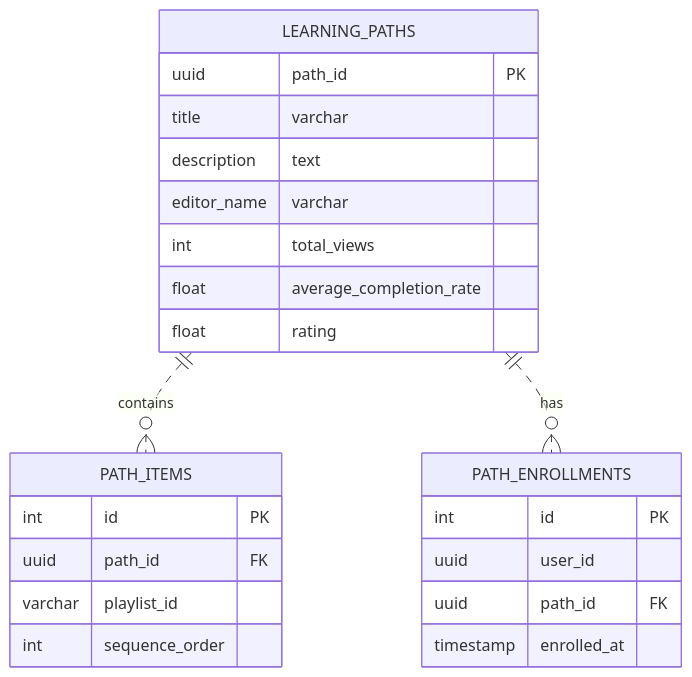
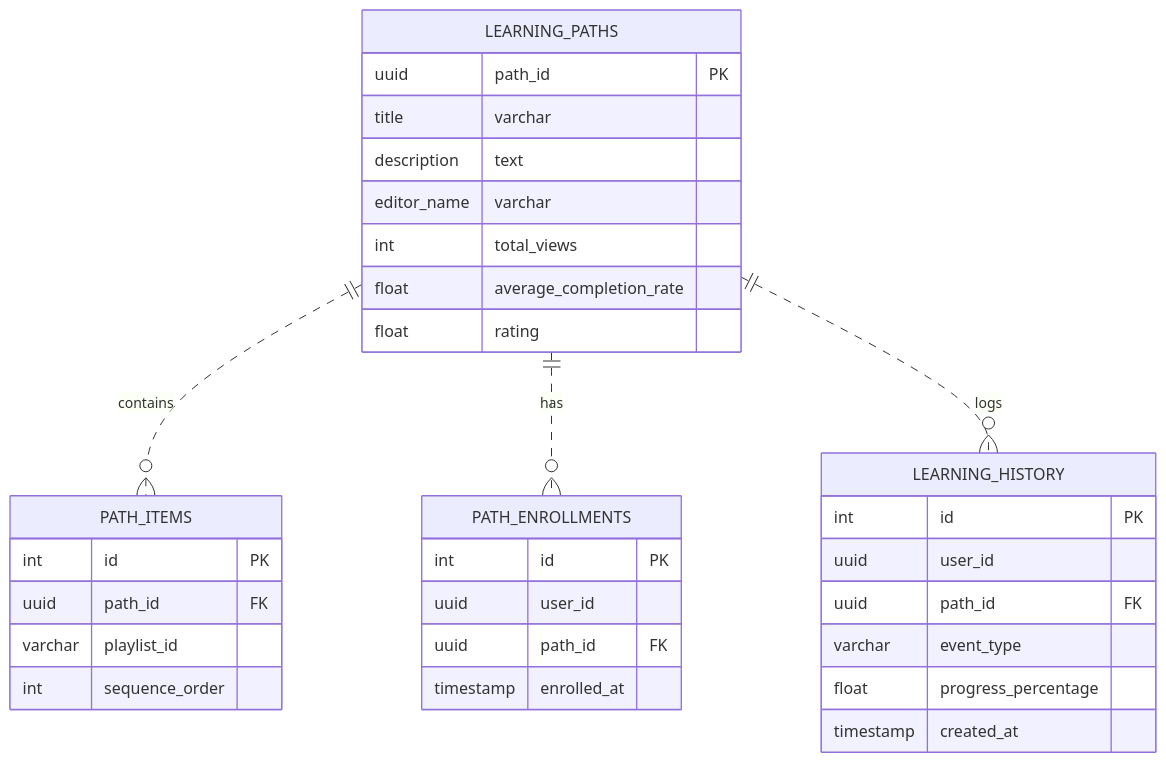
One commit to rajtharun08/path-learning changed the second of 2 diagrams in README.md. Above: the diagram before and after it, drawn with Mermaid. The commit also changed other lines of this file and 1429 other files, not shown here.

````diff
--- a/README.md
+++ b/README.md
@@ -86,27 +86,36 @@
 ```mermaid
 erDiagram
     LEARNING_PATHS {
         uuid path_id PK
         title varchar
         description text
         editor_name varchar
         int total_views
         float average_completion_rate
         float rating
     }
     PATH_ITEMS {
         int id PK
         uuid path_id FK
         varchar playlist_id
         int sequence_order
     }
     PATH_ENROLLMENTS {
         int id PK
         uuid user_id
         uuid path_id FK
         timestamp enrolled_at
     }
+    LEARNING_HISTORY {
+        int id PK
+        uuid user_id
+        uuid path_id FK
+        varchar event_type
+        float progress_percentage
+        timestamp created_at
+    }
     
     LEARNING_PATHS ||..o{ PATH_ITEMS : contains
     LEARNING_PATHS ||..o{ PATH_ENROLLMENTS : has
+    LEARNING_PATHS ||..o{ LEARNING_HISTORY : logs
 ```
````
